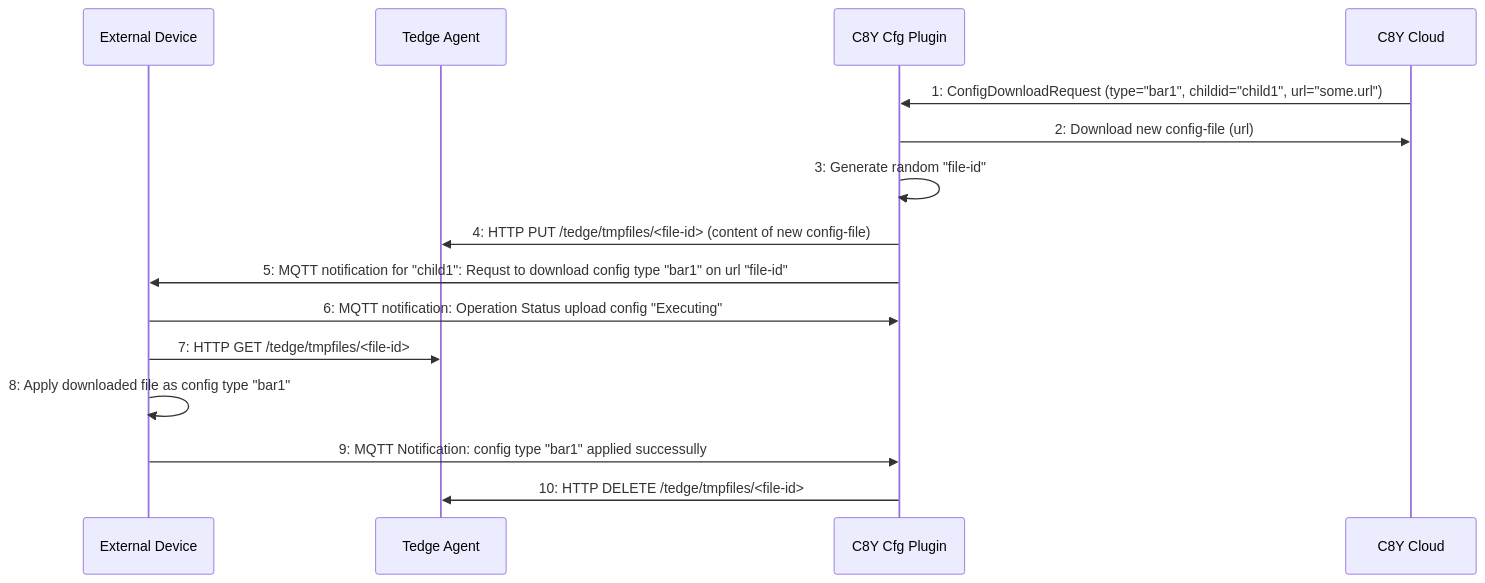
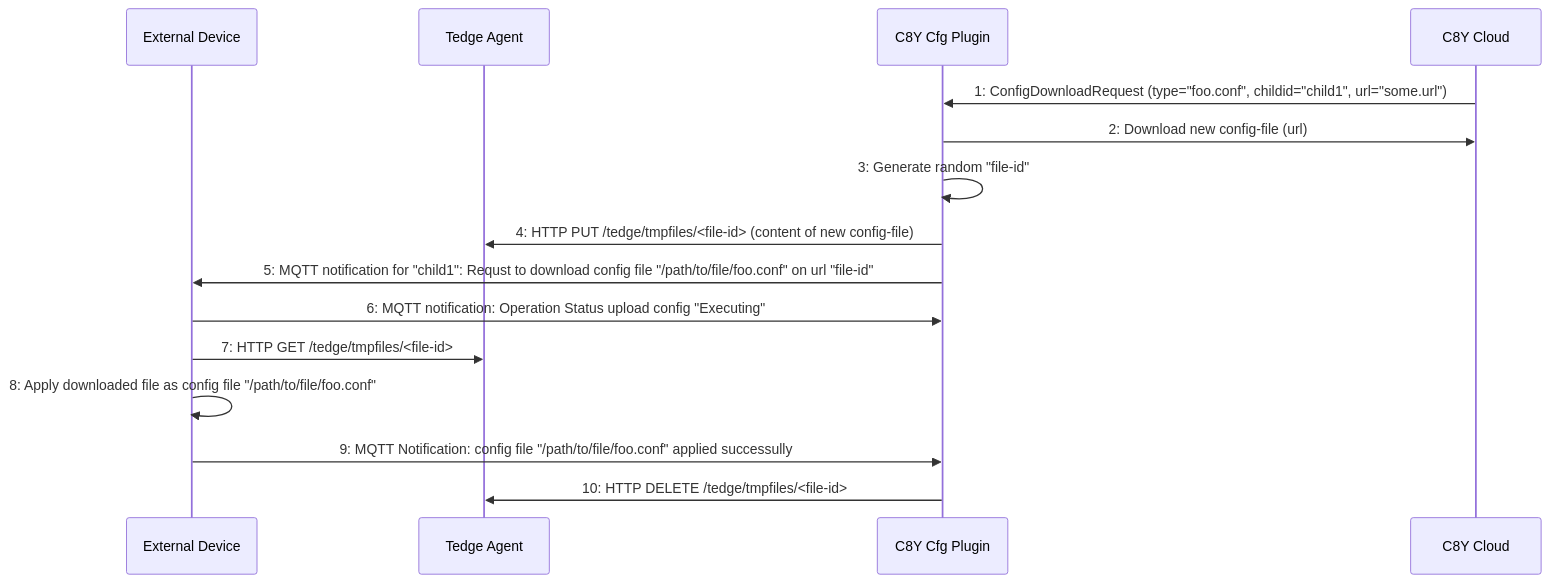
The second of 2 diagrams in docs/src/references/c8y-configuration-management.md (thin-edge/thin-edge.io), drawn with Mermaid before and after one commit. The commit also changed other lines of this file, not shown here.

Commit message:
replace type with path as refeferene to child-dev

````diff
--- a/docs/src/references/c8y-configuration-management.md
+++ b/docs/src/references/c8y-configuration-management.md
@@ -345,23 +352,23 @@
 ```mermaid
 sequenceDiagram
     participant External Device
     participant Tedge Agent
     participant C8Y Cfg Plugin
     participant C8Y Cloud
     
 
-        C8Y Cloud->>C8Y Cfg Plugin: 1: ConfigDownloadRequest (type="bar1", childid="child1", url="some.url")
+        C8Y Cloud->>C8Y Cfg Plugin: 1: ConfigDownloadRequest (type="foo.conf", childid="child1", url="some.url")
         C8Y Cfg Plugin->>C8Y Cloud: 2: Download new config-file (url)
 
         C8Y Cfg Plugin->>C8Y Cfg Plugin: 3: Generate random "file-id"     
         C8Y Cfg Plugin->>Tedge Agent: 4: HTTP PUT /tedge/tmpfiles/<file-id> (content of new config-file)
 
-        C8Y Cfg Plugin->>External Device: 5: MQTT notification for "child1": Requst to download config type "bar1" on url "file-id"
+        C8Y Cfg Plugin->>External Device: 5: MQTT notification for "child1": Requst to download config file "/path/to/file/foo.conf" on url "file-id"
 
         External Device->>C8Y Cfg Plugin: 6: MQTT notification: Operation Status upload config "Executing" 
 
         External Device->>Tedge Agent: 7: HTTP GET /tedge/tmpfiles/<file-id>
-        External Device->>External Device: 8: Apply downloaded file as config type "bar1"
-        External Device->>C8Y Cfg Plugin: 9: MQTT Notification: config type "bar1" applied successully
+        External Device->>External Device: 8: Apply downloaded file as config file "/path/to/file/foo.conf"
+        External Device->>C8Y Cfg Plugin: 9: MQTT Notification: config file "/path/to/file/foo.conf" applied successully
         C8Y Cfg Plugin->>Tedge Agent: 10: HTTP DELETE /tedge/tmpfiles/<file-id>
 ```
````
